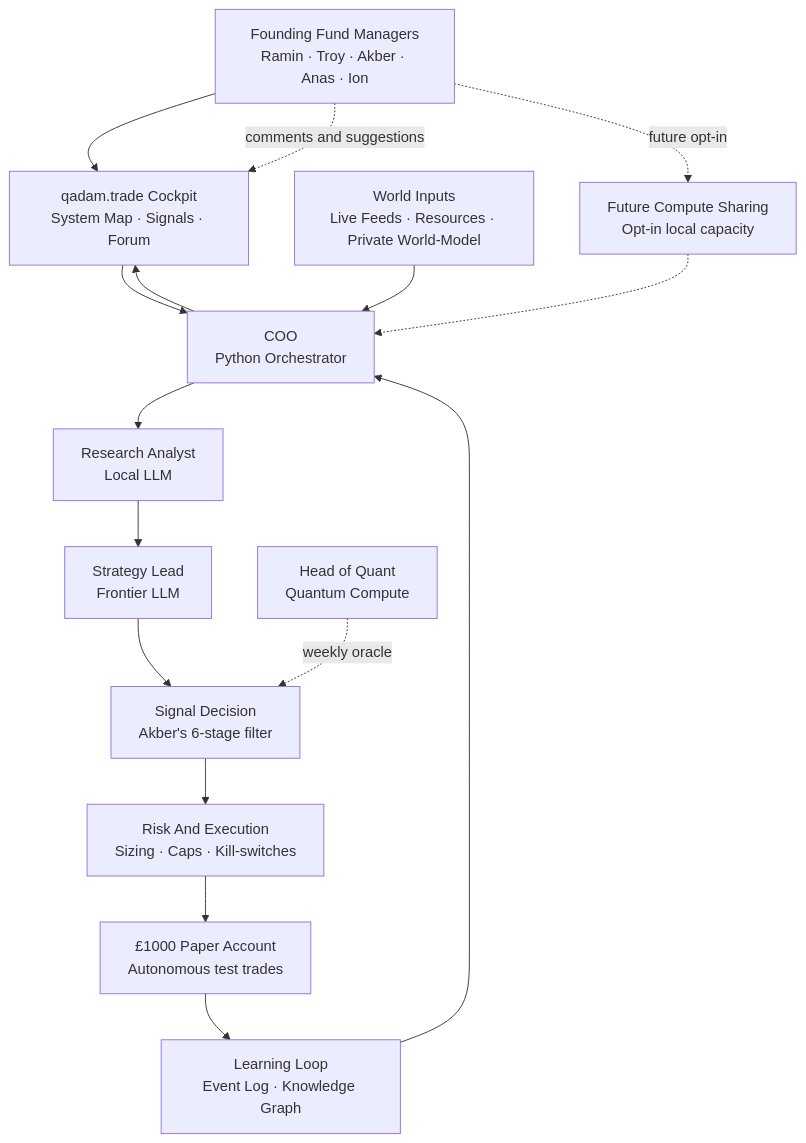
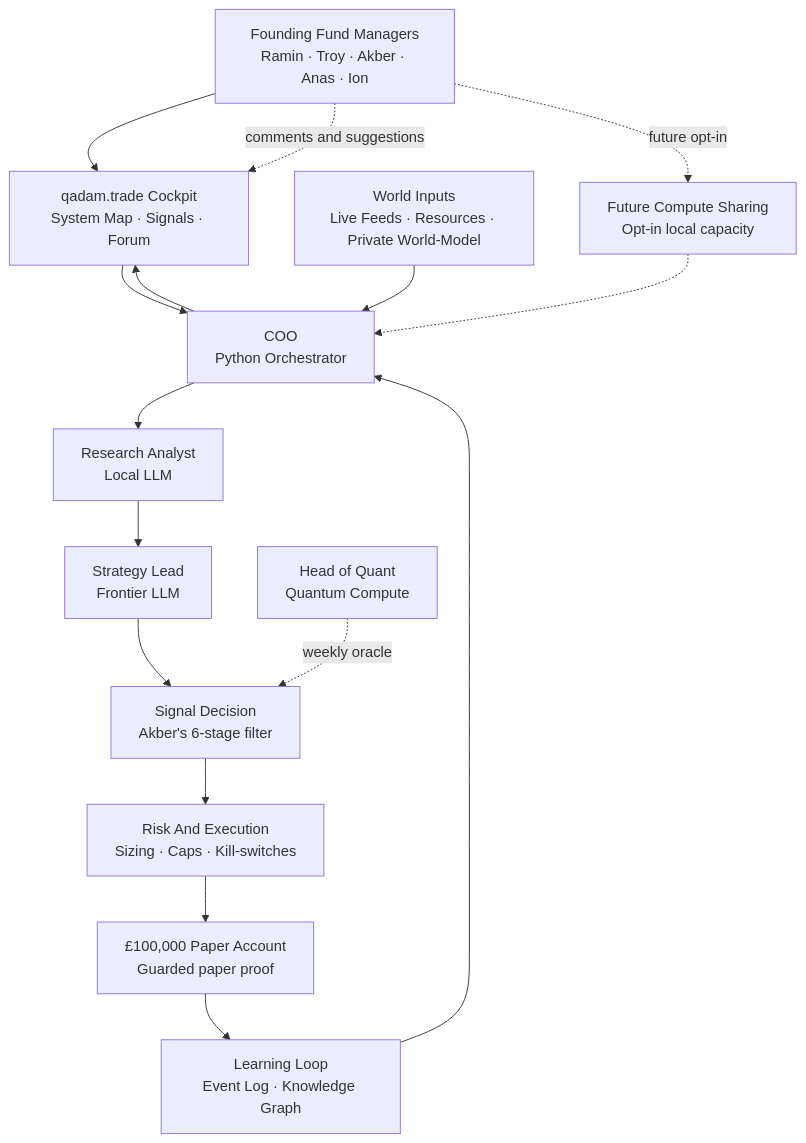
One commit to raminhoodeh/qadam changed the diagram in docs/qadam-for-fund-managers.md. Above: the diagram before and after it, drawn with Mermaid. The commit also changed other lines of this file and 37 other files, not shown here.

````diff
--- a/docs/qadam-for-fund-managers.md
+++ b/docs/qadam-for-fund-managers.md
@@ -31,30 +31,30 @@
 ```mermaid
 flowchart TB
     FM["Founding Fund Managers<br/>Ramin · Troy · Akber · Anas · Ion"]
     C["qadam.trade Cockpit<br/>System Map · Signals · Forum"]
     COO["COO<br/>Python Orchestrator"]
     WORLD["World Inputs<br/>Live Feeds · Resources · Private World-Model"]
     RA["Research Analyst<br/>Local LLM"]
     SL["Strategy Lead<br/>Frontier LLM"]
     HQ["Head of Quant<br/>Quantum Compute"]
     SIGNAL["Signal Decision<br/>Akber's 6-stage filter"]
     RISK["Risk And Execution<br/>Sizing · Caps · Kill-switches"]
-    PAPER["£1000 Paper Account<br/>Autonomous test trades"]
+    PAPER["£100,000 Paper Account<br/>Guarded paper proof"]
     LEARN["Learning Loop<br/>Event Log · Knowledge Graph"]
     FUTURE["Future Compute Sharing<br/>Opt-in local capacity"]
 
     FM --> C
     C --> COO
     WORLD --> COO
     COO --> RA
     RA --> SL
     SL --> SIGNAL
     HQ -.->|"weekly oracle"| SIGNAL
     SIGNAL --> RISK
     RISK --> PAPER
     PAPER --> LEARN
     LEARN --> COO
     COO --> C
     FM -.->|"comments and suggestions"| C
     FM -.->|"future opt-in"| FUTURE -.-> COO
 ```
````
